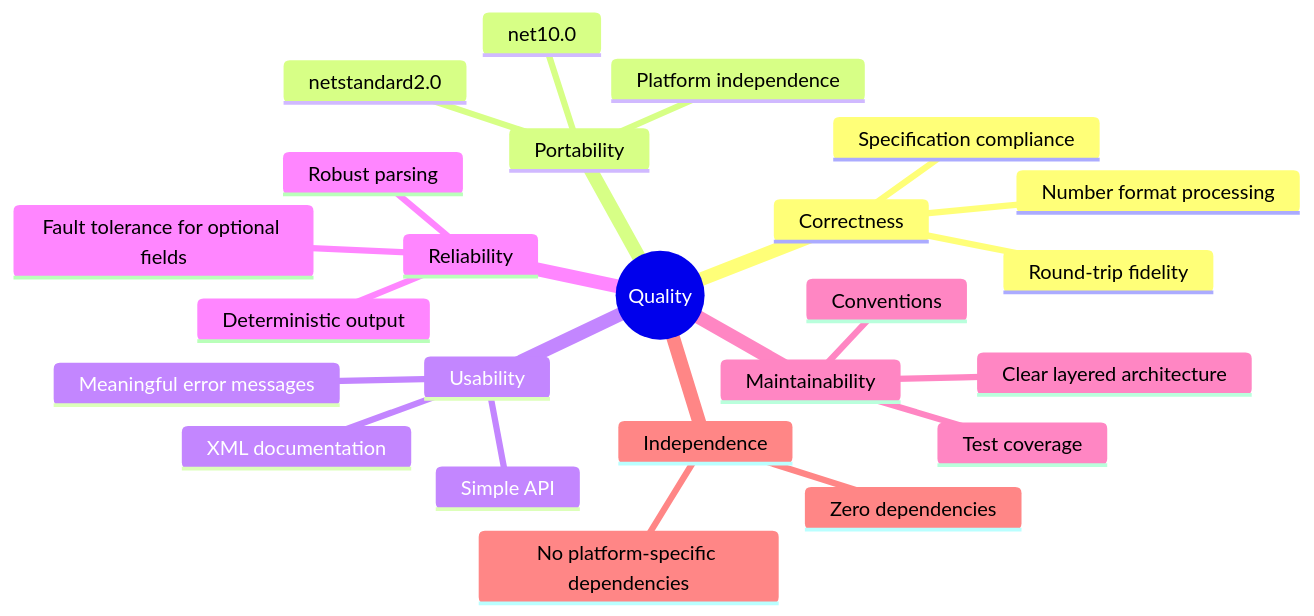
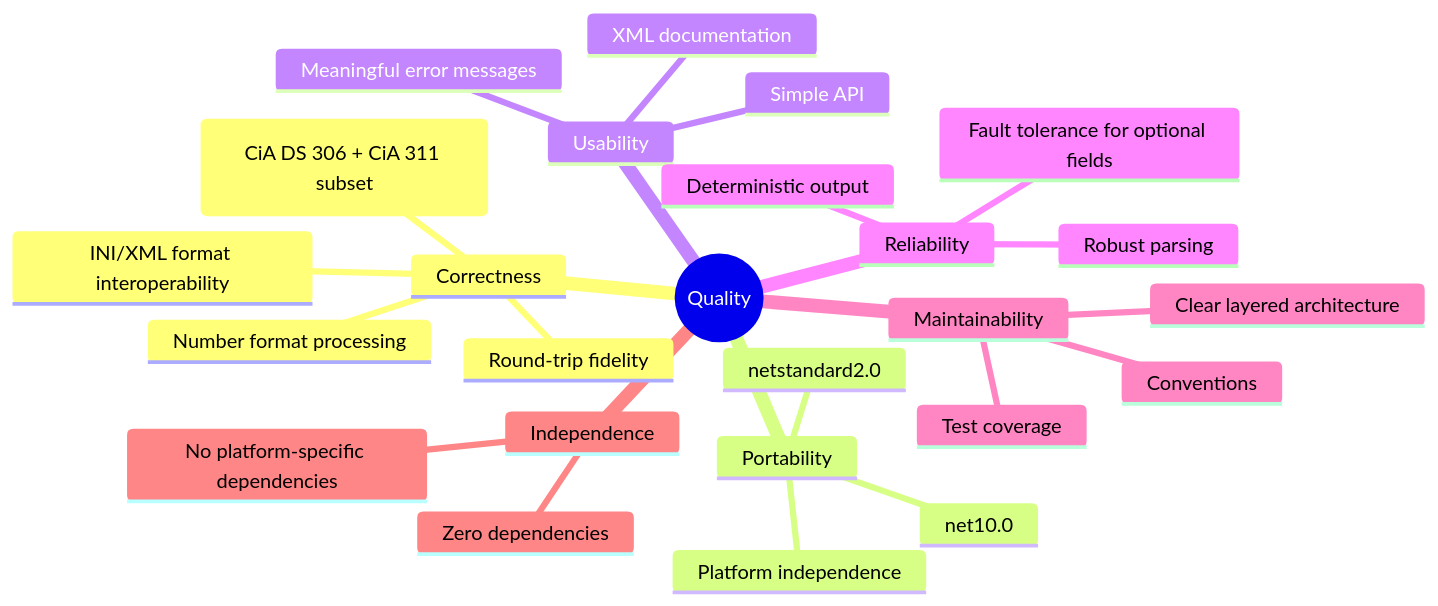
Before and after one commit to dborgards/eds-dcf-net: the diagram in docs/architecture/10-quality-requirements.md, drawn with Mermaid. The commit also changed other lines of this file and 14 other files, not shown here.

Commit message:
docs: align readme and architecture with current format support (#65)

````diff
--- a/docs/architecture/10-quality-requirements.md
+++ b/docs/architecture/10-quality-requirements.md
@@ -5,27 +5,28 @@
 ```mermaid
 mindmap
   root((Quality))
     Correctness
-      Specification compliance
+      Specification compliance (CiA DS 306 + CiA 311 subset)
       Number format processing
       Round-trip fidelity
+      INI/XML format interoperability
     Portability
       netstandard2.0
       net10.0
       Platform independence
     Usability
       Simple API
       XML documentation
       Meaningful error messages
     Reliability
       Robust parsing
       Fault tolerance for optional fields
       Deterministic output
     Maintainability
       Clear layered architecture
       Test coverage
       Conventions
     Independence
       Zero dependencies
       No platform-specific dependencies
 ```
````
